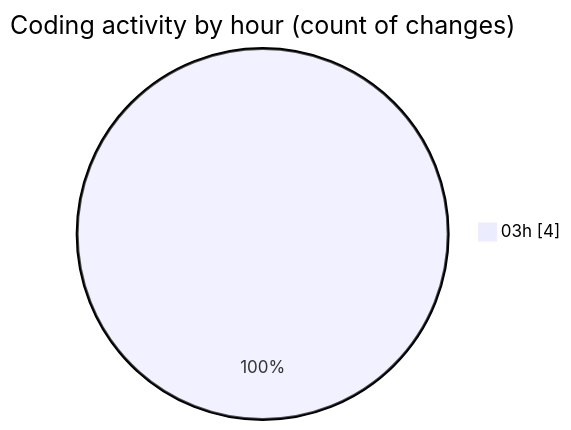
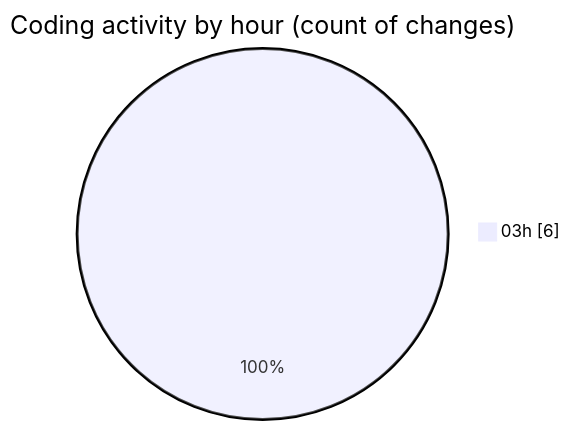
One commit to FelipKnott/code-tracking changed the second of 2 diagrams in 2025-07-02/cursor/README.md. Above: the diagram before and after it, drawn with Mermaid. The commit also changed other lines of this file and 1 other file, not shown here.

````diff
--- a/2025-07-02/cursor/README.md
+++ b/2025-07-02/cursor/README.md
@@ -28,5 +29,5 @@
 ```mermaid
 pie showData
 title Coding activity by hour (count of changes)
-"03h" : 4
+"03h" : 6
 ```
````
